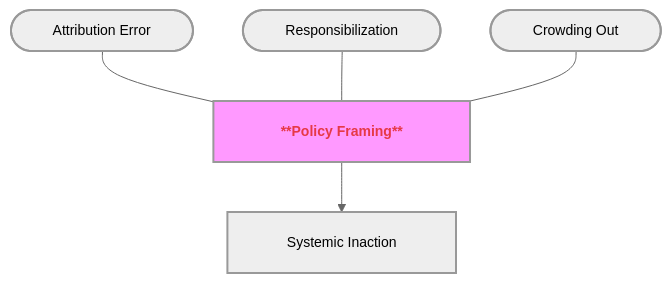
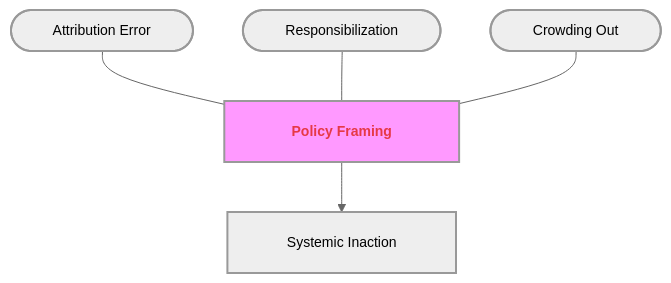
The sixth of 8 diagrams in Communication_Influence/Mastery_Guide_SOW_BS033.md (GM024/CourseSummaries), drawn with Mermaid before and after one commit. The commit also changed other lines of this file, not shown here.

Commit message:
Fix: Replace MD bold with HTML <b> for Mermaid compatibility

````diff
--- a/Communication_Influence/Mastery_Guide_SOW_BS033.md
+++ b/Communication_Influence/Mastery_Guide_SOW_BS033.md
@@ -204,14 +204,14 @@
 ```mermaid
 %%{init: { 'flowchart': { 'padding': 20, 'nodeSpacing': 50, 'rankSpacing': 50, 'useMaxWidth': false }, 'theme': 'neutral', 'themeVariables': { 'fontSize': '14px' }}}%%
 graph TD
-    Hub["&nbsp;&nbsp;&nbsp;&nbsp;&nbsp;&nbsp; <span style='color:#e63946'>**Policy Framing**</span> &nbsp;&nbsp;&nbsp;&nbsp;&nbsp;&nbsp;"]:::hubNode
+    Hub["&nbsp;&nbsp;&nbsp;&nbsp;&nbsp;&nbsp; <span style='color:#e63946'><b>Policy Framing</b></span> &nbsp;&nbsp;&nbsp;&nbsp;&nbsp;&nbsp;"]:::hubNode
     
     S1(["&nbsp;&nbsp;&nbsp;&nbsp;&nbsp;&nbsp; Attribution Error &nbsp;&nbsp;&nbsp;&nbsp;&nbsp;&nbsp;"]) --- Hub
     S2(["&nbsp;&nbsp;&nbsp;&nbsp;&nbsp;&nbsp; Responsibilization &nbsp;&nbsp;&nbsp;&nbsp;&nbsp;&nbsp;"]) --- Hub
     S3(["&nbsp;&nbsp;&nbsp;&nbsp;&nbsp;&nbsp; Crowding Out &nbsp;&nbsp;&nbsp;&nbsp;&nbsp;&nbsp;"]) --- Hub
     
     Hub --> B1["&nbsp;&nbsp;&nbsp;&nbsp; Systemic Inaction &nbsp;&nbsp;&nbsp;&nbsp;"]
     
     classDef hubNode font-weight:bold,stroke-width:2px,fill:#f9f;
     classDef default stroke-width:2px;
 ```
````
